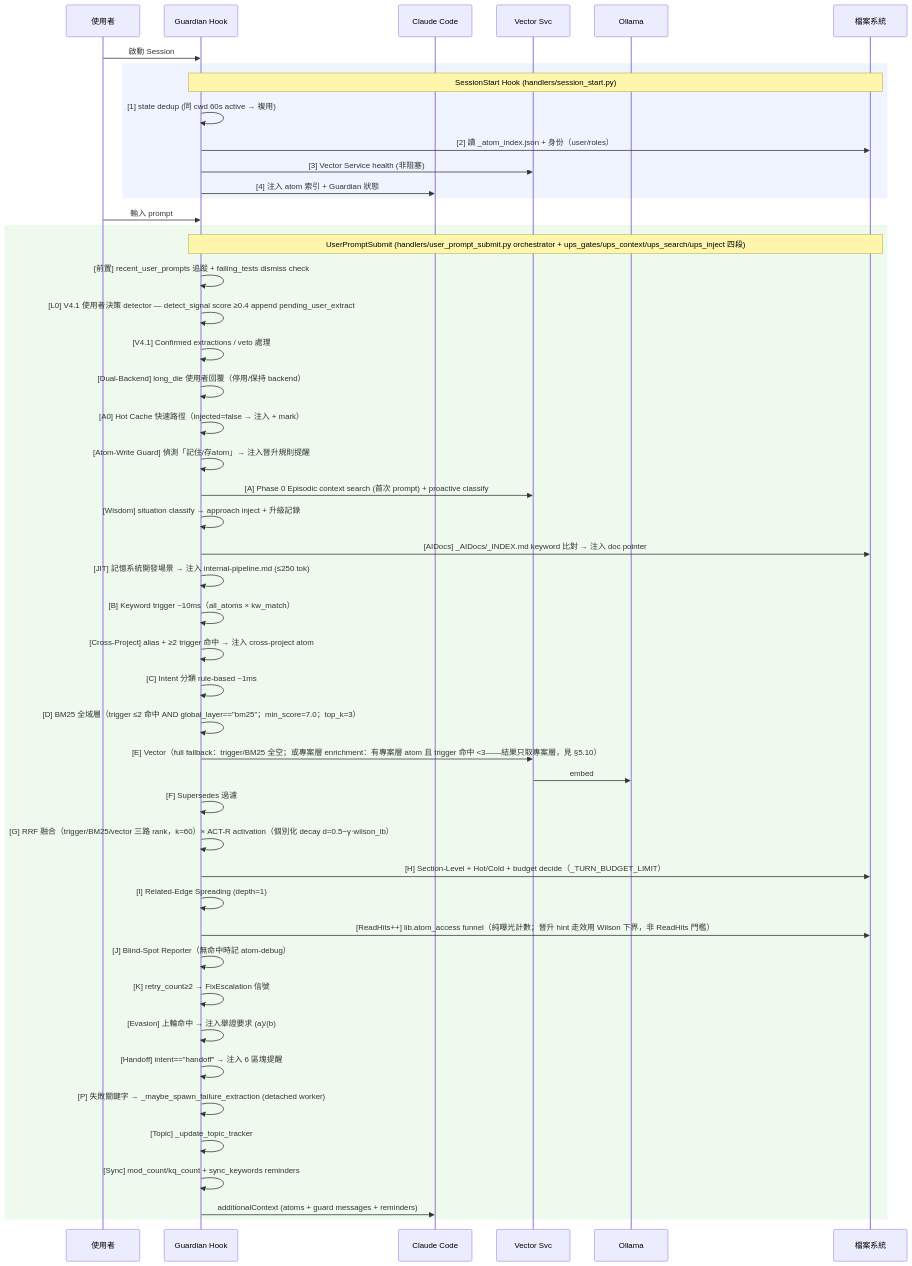
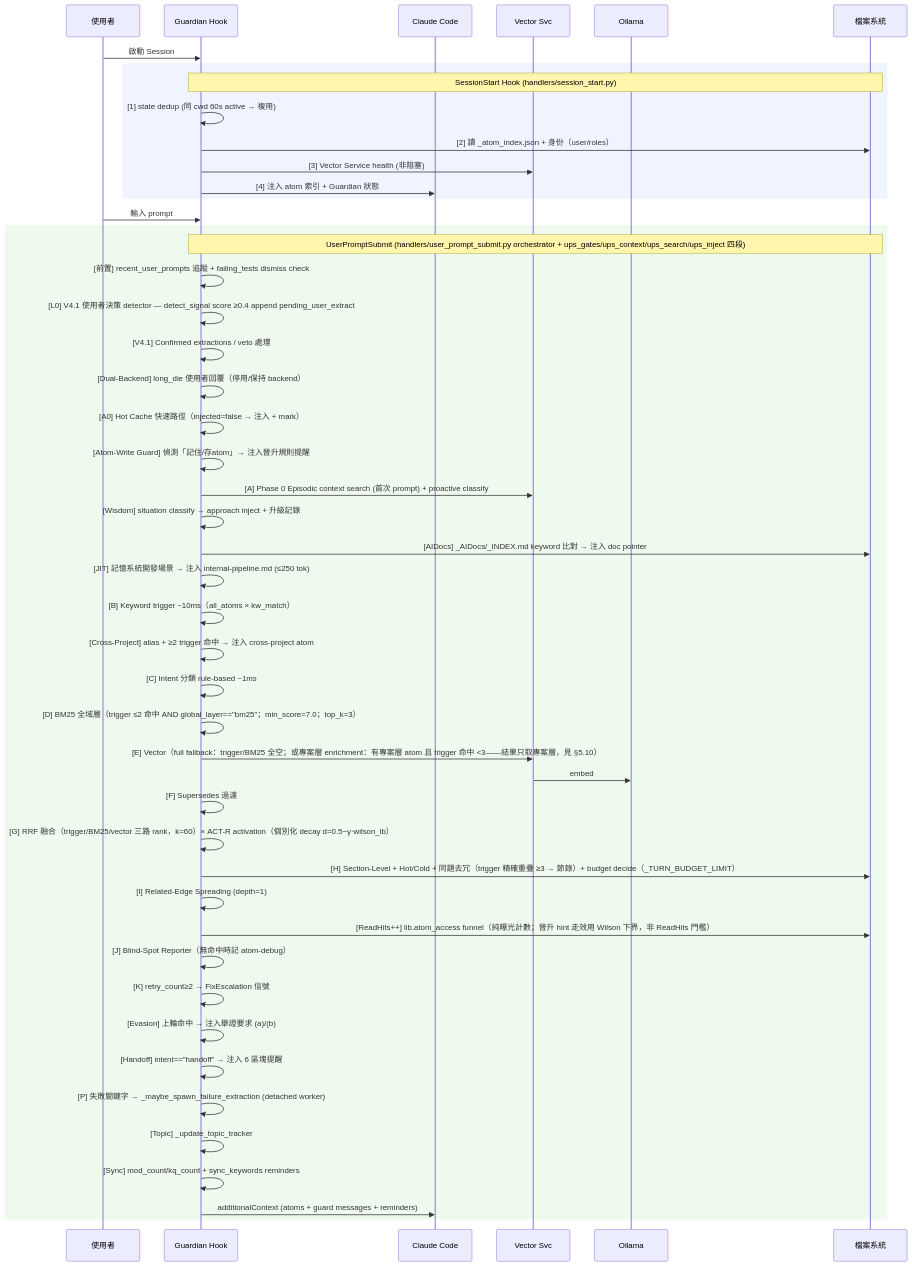
The first of 4 diagrams in TECH.md (holylight1979/AtomicMemory-ClaudeCode), drawn with Mermaid before and after one commit. The commit also changed other lines of this file and 9 other files, not shown here.

First line of the commit message:
feat(memory): 注入同題去冗——trigger 精確重疊 ≥3 者降節錄，不重複講同一件事

````diff
--- a/TECH.md
+++ b/TECH.md
@@ -475,52 +475,52 @@
 ```mermaid
 sequenceDiagram
     participant U as 使用者
     participant G as Guardian Hook
     participant C as Claude Code
     participant V as Vector Svc
     participant O as Ollama
     participant F as 檔案系統
 
     U->>G: 啟動 Session
     rect rgba(100,150,255,0.1)
         note over G,F: SessionStart Hook (handlers/session_start.py)
         G->>G: [1] state dedup (同 cwd 60s active → 複用)
         G->>F: [2] 讀 _atom_index.json + 身份（user/roles）
         G->>V: [3] Vector Service health (非阻塞)
         G->>C: [4] 注入 atom 索引 + Guardian 狀態
     end
 
     U->>G: 輸入 prompt
     rect rgba(100,200,100,0.1)
         note over G,F: UserPromptSubmit (handlers/user_prompt_submit.py orchestrator + ups_gates/ups_context/ups_search/ups_inject 四段)
         G->>G: [前置] recent_user_prompts 追蹤 + failing_tests dismiss check
         G->>G: [L0] V4.1 使用者決策 detector — detect_signal score ≥0.4 append pending_user_extract
         G->>G: [V4.1] Confirmed extractions / veto 處理
         G->>G: [Dual-Backend] long_die 使用者回覆（停用/保持 backend）
         G->>G: [A0] Hot Cache 快速路徑（injected=false → 注入 + mark）
         G->>G: [Atom-Write Guard] 偵測「記住/存atom」→ 注入晉升規則提醒
         G->>V: [A] Phase 0 Episodic context search (首次 prompt) + proactive classify
         G->>G: [Wisdom] situation classify → approach inject + 升級記錄
         G->>F: [AIDocs] _AIDocs/_INDEX.md keyword 比對 → 注入 doc pointer
         G->>G: [JIT] 記憶系統開發場景 → 注入 internal-pipeline.md (≤250 tok)
         G->>G: [B] Keyword trigger ~10ms（all_atoms × kw_match）
         G->>G: [Cross-Project] alias + ≥2 trigger 命中 → 注入 cross-project atom
         G->>G: [C] Intent 分類 rule-based ~1ms
         G->>G: [D] BM25 全域層（trigger ≤2 命中 AND global_layer=="bm25"；min_score=7.0；top_k=3）
         G->>V: [E] Vector（full fallback：trigger/BM25 全空；或專案層 enrichment：有專案層 atom 且 trigger 命中 <3——結果只取專案層，見 §5.10）
         V->>O: embed
         G->>G: [F] Supersedes 過濾
         G->>G: [G] RRF 融合（trigger/BM25/vector 三路 rank，k=60）× ACT-R activation（個別化 decay d=0.5−γ·wilson_lb）
-        G->>F: [H] Section-Level + Hot/Cold + budget decide（_TURN_BUDGET_LIMIT）
+        G->>F: [H] Section-Level + Hot/Cold + 同題去冗（trigger 精確重疊 ≥3 → 節錄）+ budget decide（_TURN_BUDGET_LIMIT）
         G->>G: [I] Related-Edge Spreading (depth=1)
         G->>F: [ReadHits++] lib.atom_access funnel（純曝光計數；晉升 hint 走效用 Wilson 下界，非 ReadHits 門檻）
         G->>G: [J] Blind-Spot Reporter（無命中時記 atom-debug）
         G->>G: [K] retry_count≥2 → FixEscalation 信號
         G->>G: [Evasion] 上輪命中 → 注入舉證要求 (a)/(b)
         G->>G: [Handoff] intent=="handoff" → 注入 6 區塊提醒
         G->>G: [P] 失敗關鍵字 → _maybe_spawn_failure_extraction (detached worker)
         G->>G: [Topic] _update_topic_tracker
         G->>G: [Sync] mod_count/kq_count + sync_keywords reminders
         G->>C: additionalContext (atoms + guard messages + reminders)
     end
 ```
````
